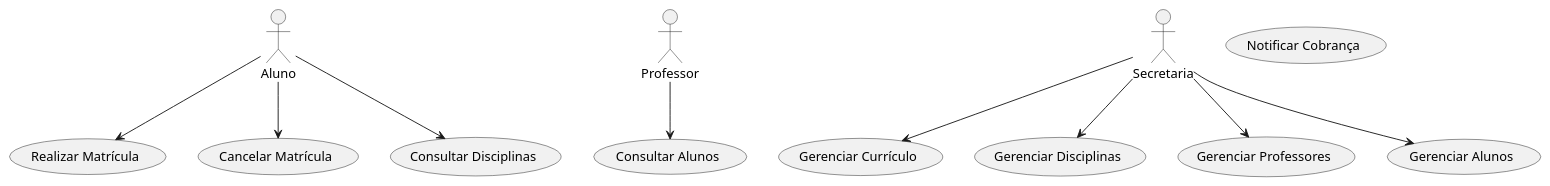
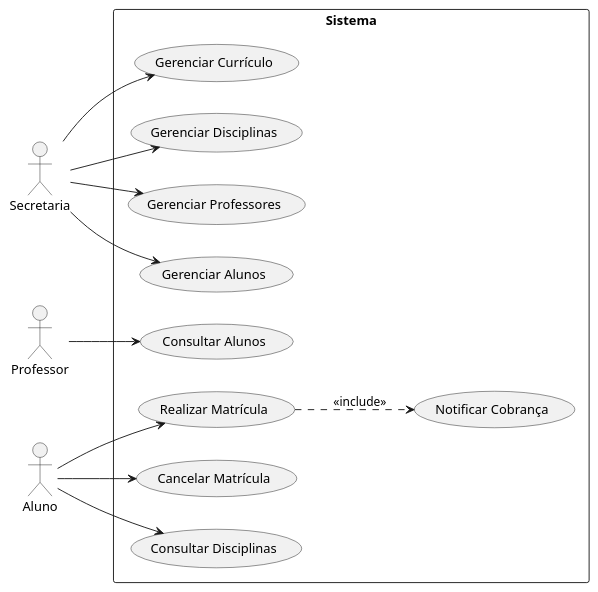
The diagram in implementacao/usercaseBp.puml (JoaoRajao/Matricula-LPS), drawn with PlantUML before and after one commit.

Commit message:
ADD Sistema
Formata o caso para leitura vertical;
Adiciona a representação de sistema;
Adiciona dependência entre casos.

```diff
--- a/implementacao/usercaseBp.puml
+++ b/implementacao/usercaseBp.puml
@@ -1,30 +1,30 @@
+@startuml
+left to right direction
 
+actor "Secretaria" as secretaria
+actor "Professor" as professor
+actor "Aluno" as aluno
 
-actor "Aluno" as aluno
-actor "Professor" as professor
-actor "Secretaria" as secretaria
-
-
-
+rectangle Sistema {
     usecase "Realizar Matrícula" as UC1
     usecase "Cancelar Matrícula" as UC2
     usecase "Consultar Disciplinas" as UC3
     usecase "Consultar Alunos" as UC4
     usecase "Gerenciar Currículo" as UC5
     usecase "Gerenciar Disciplinas" as UC6
     usecase "Gerenciar Professores" as UC7
     usecase "Gerenciar Alunos" as UC8
     usecase "Notificar Cobrança" as UC9
-
+}
 
 aluno --> UC1
 aluno --> UC2
 aluno --> UC3
+UC1 ..> UC9 :<<include>>
 professor --> UC4
 secretaria --> UC5
 secretaria --> UC6
 secretaria --> UC7
 secretaria --> UC8
 
-
 @enduml
```
